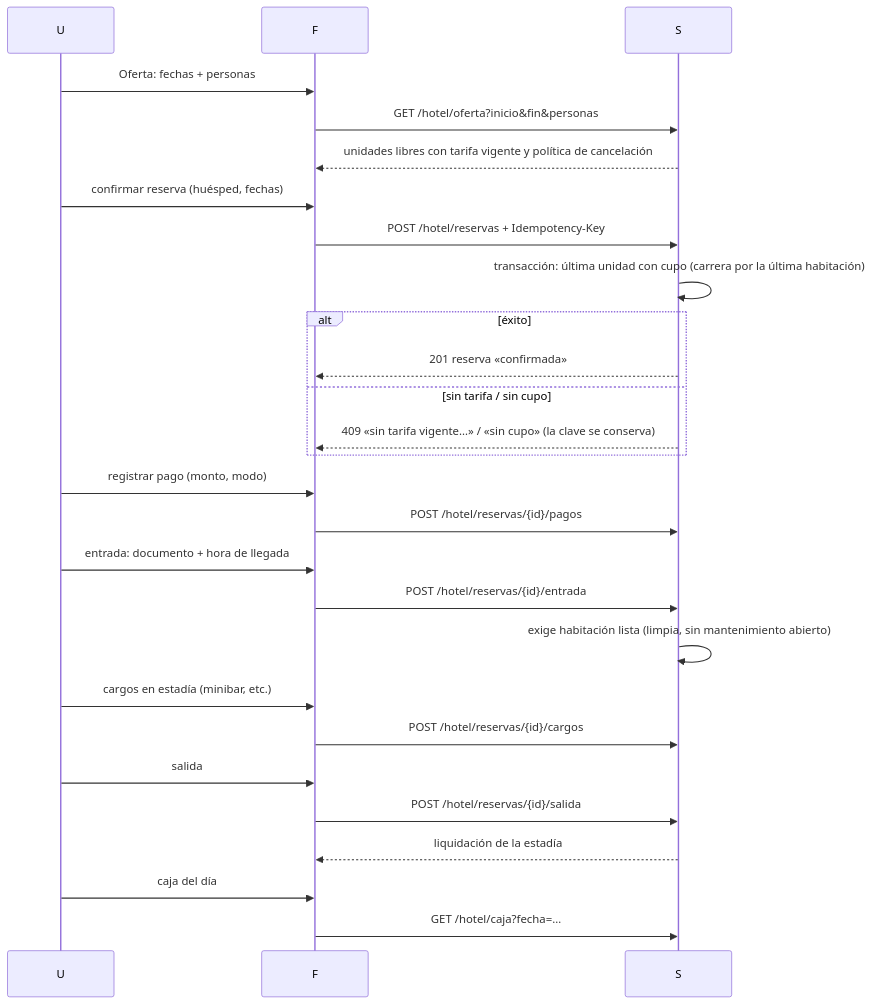
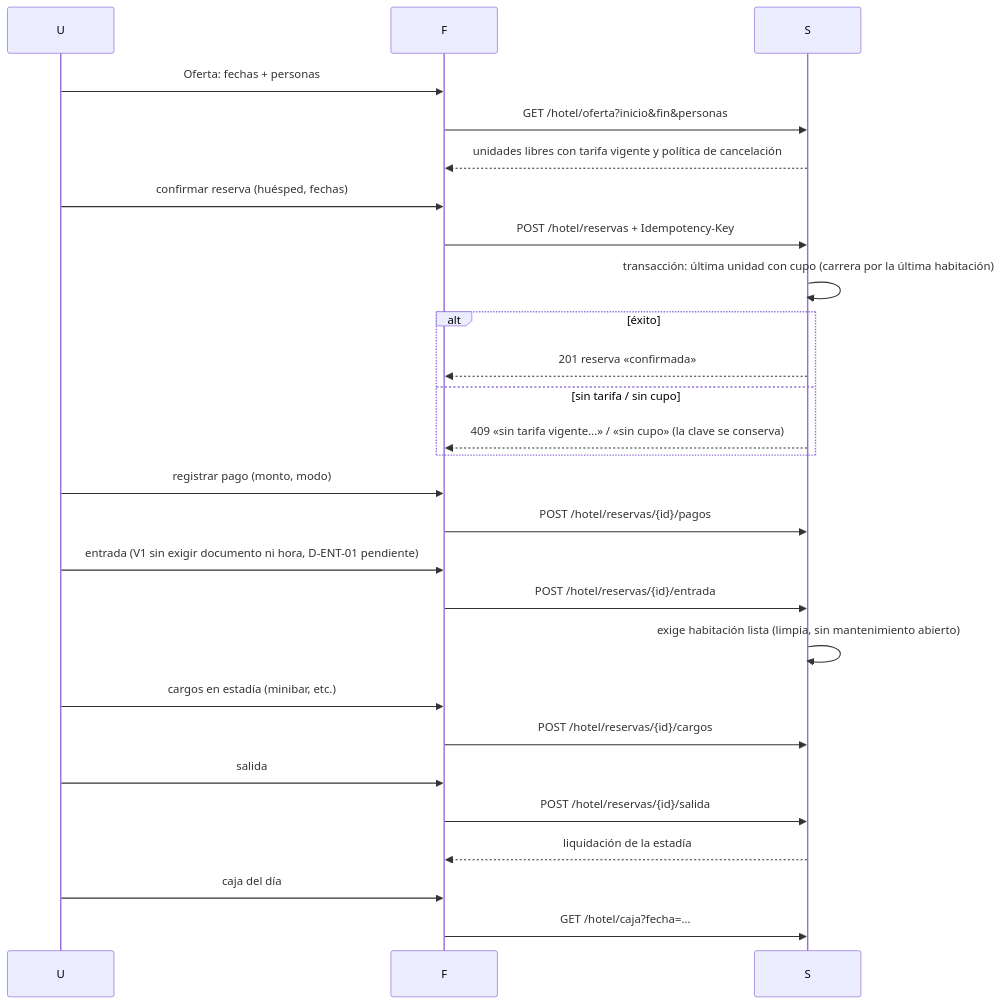
Before and after one commit to hotelherencia/plataforma-salman-herencia-oficial: the third of 4 diagrams in docs/funcional/flujos.md, drawn with Mermaid. The commit also changed 31 other files, not shown here.

````diff
--- a/docs/funcional/flujos.md
+++ b/docs/funcional/flujos.md
@@ -53,26 +53,26 @@
 ```mermaid
 sequenceDiagram
     U->>F: Oferta: fechas + personas
     F->>S: GET /hotel/oferta?inicio&fin&personas
     S-->>F: unidades libres con tarifa vigente y política de cancelación
     U->>F: confirmar reserva (huésped, fechas)
     F->>S: POST /hotel/reservas + Idempotency-Key
     S->>S: transacción: última unidad con cupo (carrera por la última habitación)
     alt éxito
         S-->>F: 201 reserva «confirmada»
     else sin tarifa / sin cupo
         S-->>F: 409 «sin tarifa vigente…» / «sin cupo» (la clave se conserva)
     end
     U->>F: registrar pago (monto, modo)
     F->>S: POST /hotel/reservas/{id}/pagos
-    U->>F: entrada: documento + hora de llegada
+    U->>F: entrada (V1 sin exigir documento ni hora, D-ENT-01 pendiente)
     F->>S: POST /hotel/reservas/{id}/entrada
     S->>S: exige habitación lista (limpia, sin mantenimiento abierto)
     U->>F: cargos en estadía (minibar, etc.)
     F->>S: POST /hotel/reservas/{id}/cargos
     U->>F: salida
     F->>S: POST /hotel/reservas/{id}/salida
     S-->>F: liquidación de la estadía
     U->>F: caja del día
     F->>S: GET /hotel/caja?fecha=…
 ```
````
